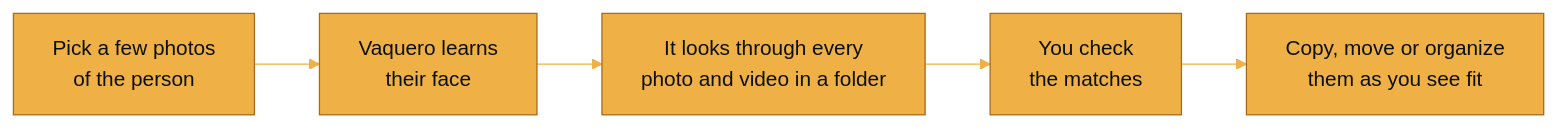
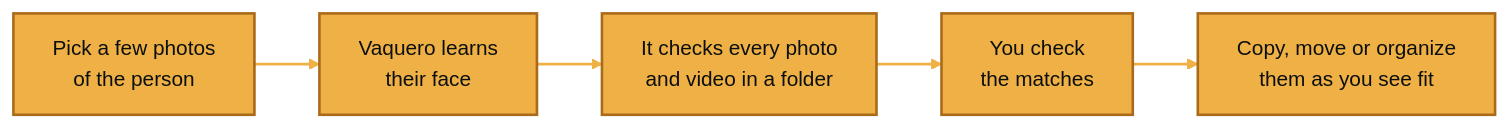
One commit to BitWise-0x/Vaquero changed the first of 2 diagrams in README.md. Above: the diagram before and after it, drawn with Mermaid. The commit also changed other lines of this file, not shown here.

First line of the commit message:
docs: plain README top, readable diagrams in both themes

````diff
--- a/README.md
+++ b/README.md
@@ -117,8 +93,10 @@
 ```mermaid
-%%{init: {"theme": "base", "themeVariables": {"primaryColor": "#efb146", "primaryTextColor": "#0c0f0e", "primaryBorderColor": "#a96a19", "lineColor": "#efb146", "secondaryColor": "#1b221f", "tertiaryColor": "#1b221f", "edgeLabelBackground": "#1b221f", "fontSize": "16px"}}}%%
 flowchart LR
     pick["Pick a few photos<br>of the person"] --> learn["Vaquero learns<br>their face"]
-    learn --> scan["It looks through every<br>photo and video in a folder"]
+    learn --> scan["It checks every photo<br>and video in a folder"]
     scan --> review["You check<br>the matches"]
     review --> done["Copy, move or organize<br>them as you see fit"]
+    classDef default fill:#efb146,stroke:#a96a19,stroke-width:2px,color:#0c0f0e
+    classDef quiet fill:#1b221f,stroke:#2e3733,stroke-width:2px,color:#e7ece8
+    linkStyle default stroke:#efb146,stroke-width:2px
 ```
````
